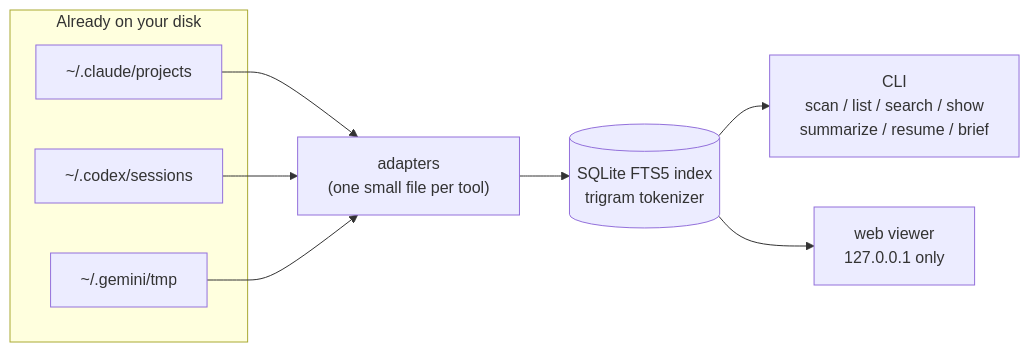
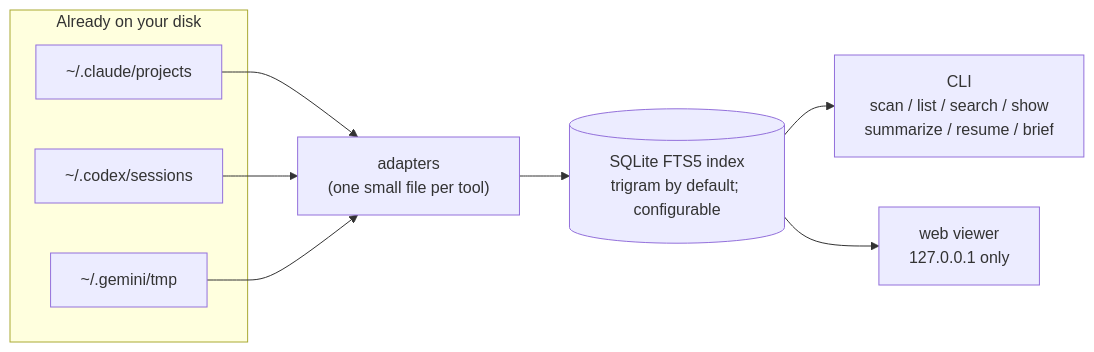
Before and after one commit to zqf20096327/dbhub_collect: the diagram in data/readmes/youdie006__sessionwiki.md, drawn with Mermaid. The commit also changed other lines of this file and 364 other files, not shown here.

````diff
--- a/data/readmes/youdie006__sessionwiki.md
+++ b/data/readmes/youdie006__sessionwiki.md
@@ -267,12 +280,12 @@
 ```mermaid
 flowchart LR
     subgraph stores["Already on your disk"]
         A["~/.claude/projects"]
         B["~/.codex/sessions"]
         C["~/.gemini/tmp"]
     end
     A & B & C --> AD["adapters<br>(one small file per tool)"]
-    AD --> IDX[("SQLite FTS5 index<br>trigram tokenizer")]
+    AD --> IDX[("SQLite FTS5 index<br>trigram by default; configurable")]
     IDX --> CLI["CLI<br>scan / list / search / show<br>summarize / resume / brief"]
     IDX --> WEB["web viewer<br>127.0.0.1 only"]
 ```
````
